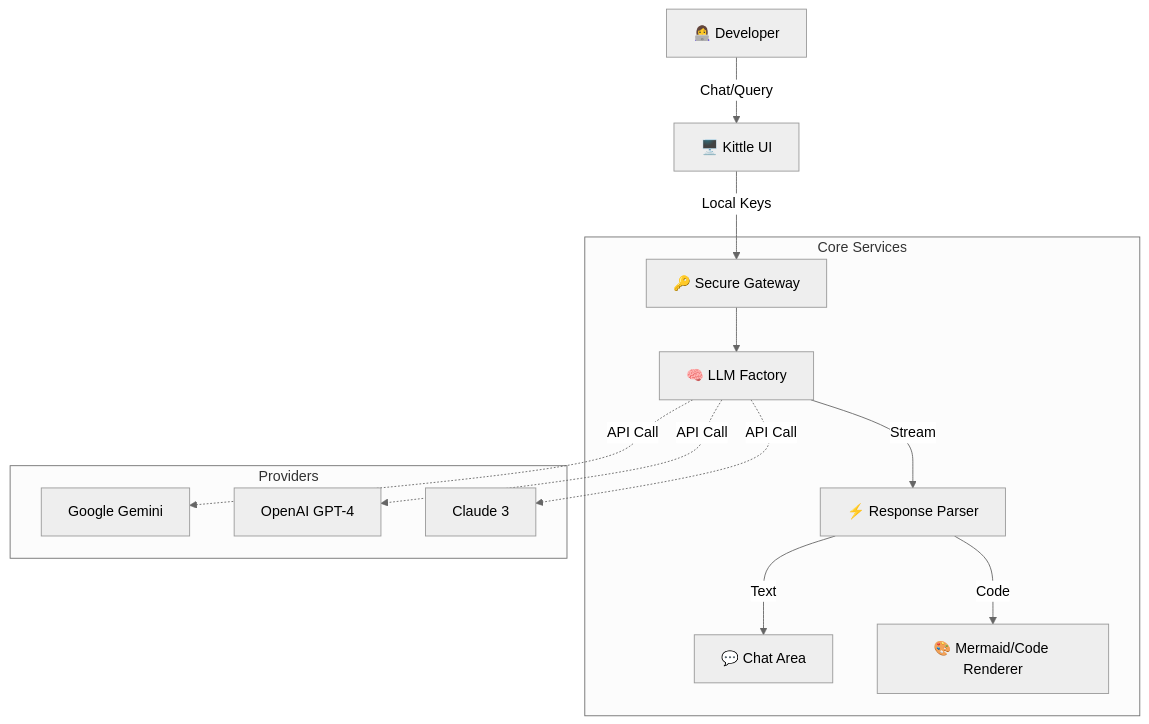
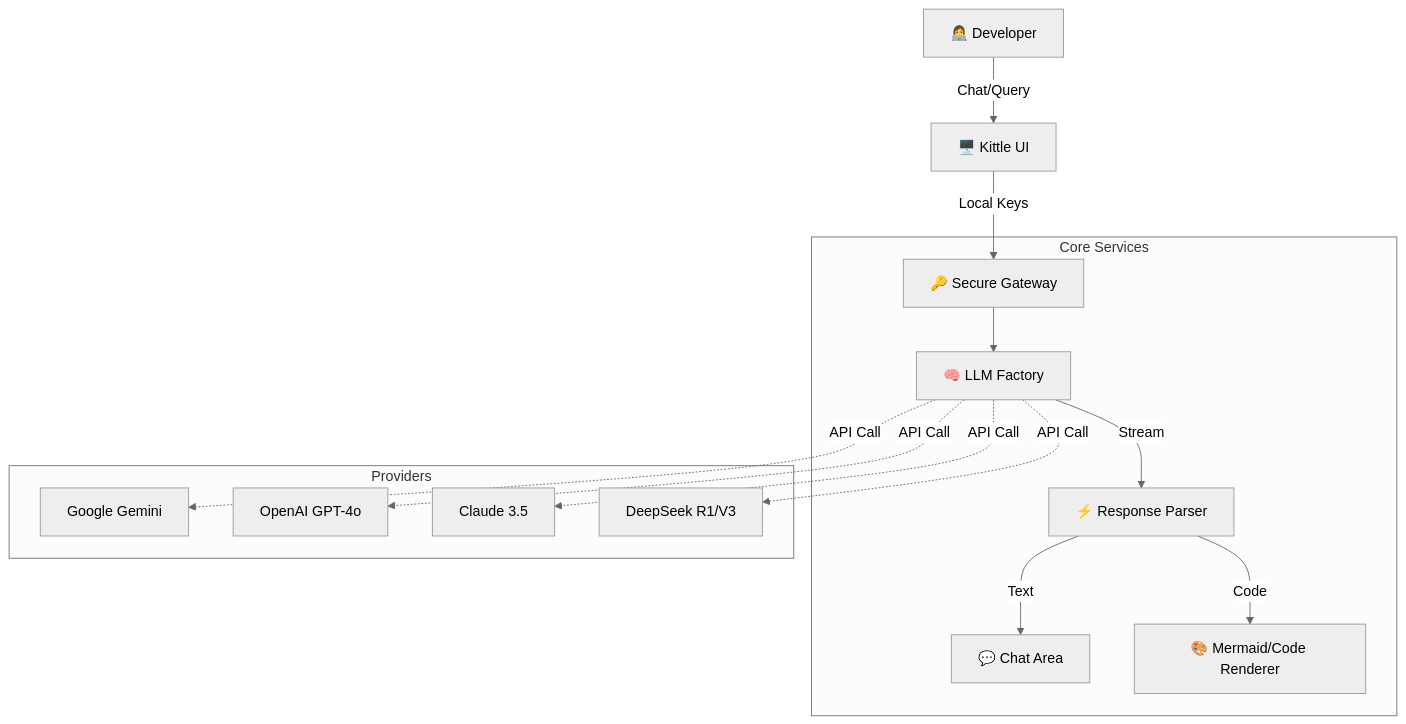
The diagram in README.md (TemRevil/Kittle), drawn with Mermaid (neutral theme) before and after one commit. The commit also changed other lines of this file and 12 other files, not shown here.

````diff
--- a/README.md
+++ b/README.md
@@ -35,18 +34,19 @@
 ```mermaid
 graph TD
     User[👩‍💻 Developer] -->|Chat/Query| UI[🖥️ Kittle UI]
     UI -->|Local Keys| Gateway[🔑 Secure Gateway]
     
     subgraph "Core Services"
         Gateway --> LLM[🧠 LLM Factory]
         LLM -->|Stream| Parser[⚡ Response Parser]
         Parser -->|Text| Chat[💬 Chat Area]
         Parser -->|Code| Renderer[🎨 Mermaid/Code Renderer]
     end
     
     subgraph "Providers"
         LLM -.->|API Call| Google[Google Gemini]
-        LLM -.->|API Call| OpenAI[OpenAI GPT-4]
-        LLM -.->|API Call| Anthropic[Claude 3]
+        LLM -.->|API Call| OpenAI[OpenAI GPT-4o]
+        LLM -.->|API Call| Anthropic[Claude 3.5]
+        LLM -.->|API Call| DeepSeek[DeepSeek R1/V3]
     end
 ```
````
